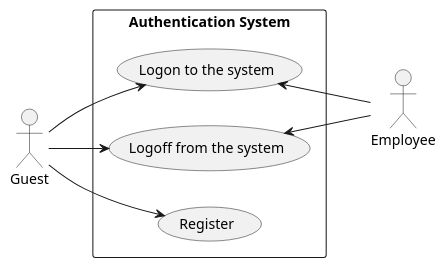
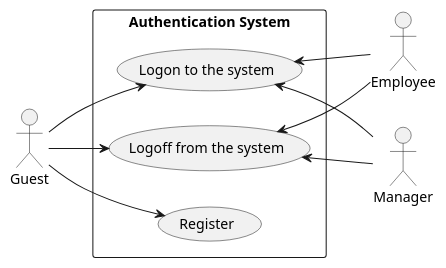
One commit to mrjink/molveno changed the diagram in src/main/docs/uml/use-case/generic/login.puml. Above: the diagram before and after it, drawn with PlantUML. The commit also changed 3 other files, not shown here.

```diff
--- a/src/main/docs/uml/use-case/generic/login.puml
+++ b/src/main/docs/uml/use-case/generic/login.puml
@@ -1,20 +1,24 @@
 @startuml
 
 left to right direction
 
 actor Guest
 actor Employee
+actor Manager
 
 rectangle "Authentication System" {
     (Logon to the system) as (Login)
     (Logoff from the system) as (Logout)
 
     Guest --> (Register)
     Guest --> (Login)
     Guest --> (Logout)
 
     (Login) <-- Employee
     (Logout) <-- Employee
+
+    (Login) <-- Manager
+    (Logout) <-- Manager
 }
 
 @enduml
```
